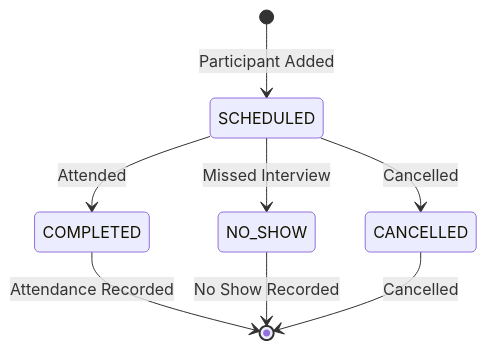
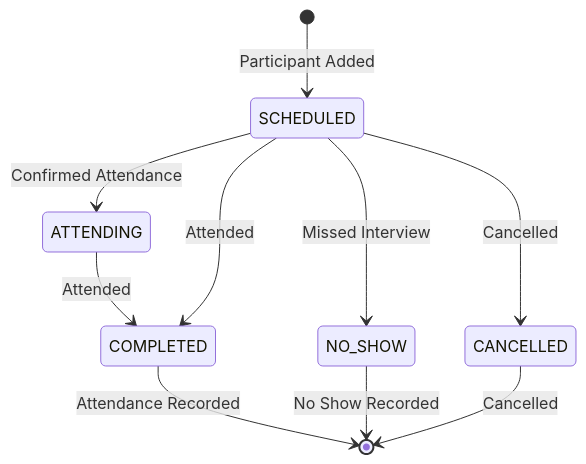
One commit to blih-tech/BLIH-Business-Lifecycle-Integrated-Hub-sys changed diagram 13 of 13 in docs/RECRUITMENT_FLOW_JOB_POSTING_TO_INTERVIEW.md. Above: the diagram before and after it, drawn with Mermaid. The commit also changed other lines of this file and 1 other file, not shown here.

````diff
--- a/docs/RECRUITMENT_FLOW_JOB_POSTING_TO_INTERVIEW.md
+++ b/docs/RECRUITMENT_FLOW_JOB_POSTING_TO_INTERVIEW.md
@@ -1591,10 +2412,12 @@
 ```mermaid
 stateDiagram-v2
     [*] --> SCHEDULED: Participant Added
+    SCHEDULED --> ATTENDING: Confirmed Attendance
+    ATTENDING --> COMPLETED: Attended
     SCHEDULED --> COMPLETED: Attended
     SCHEDULED --> NO_SHOW: Missed Interview
     SCHEDULED --> CANCELLED: Cancelled
     COMPLETED --> [*]: Attendance Recorded
     NO_SHOW --> [*]: No Show Recorded
     CANCELLED --> [*]: Cancelled
 ```
````
